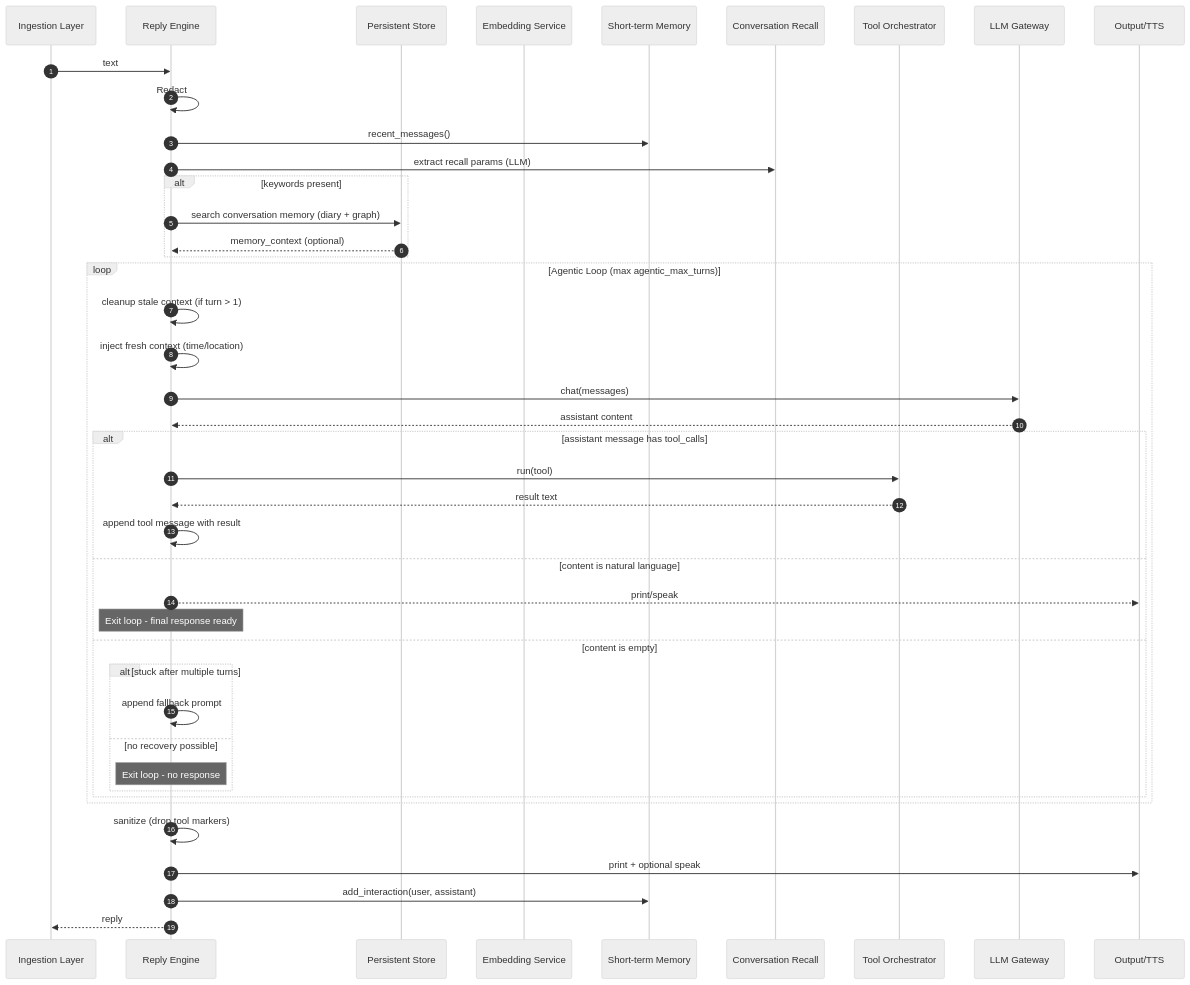
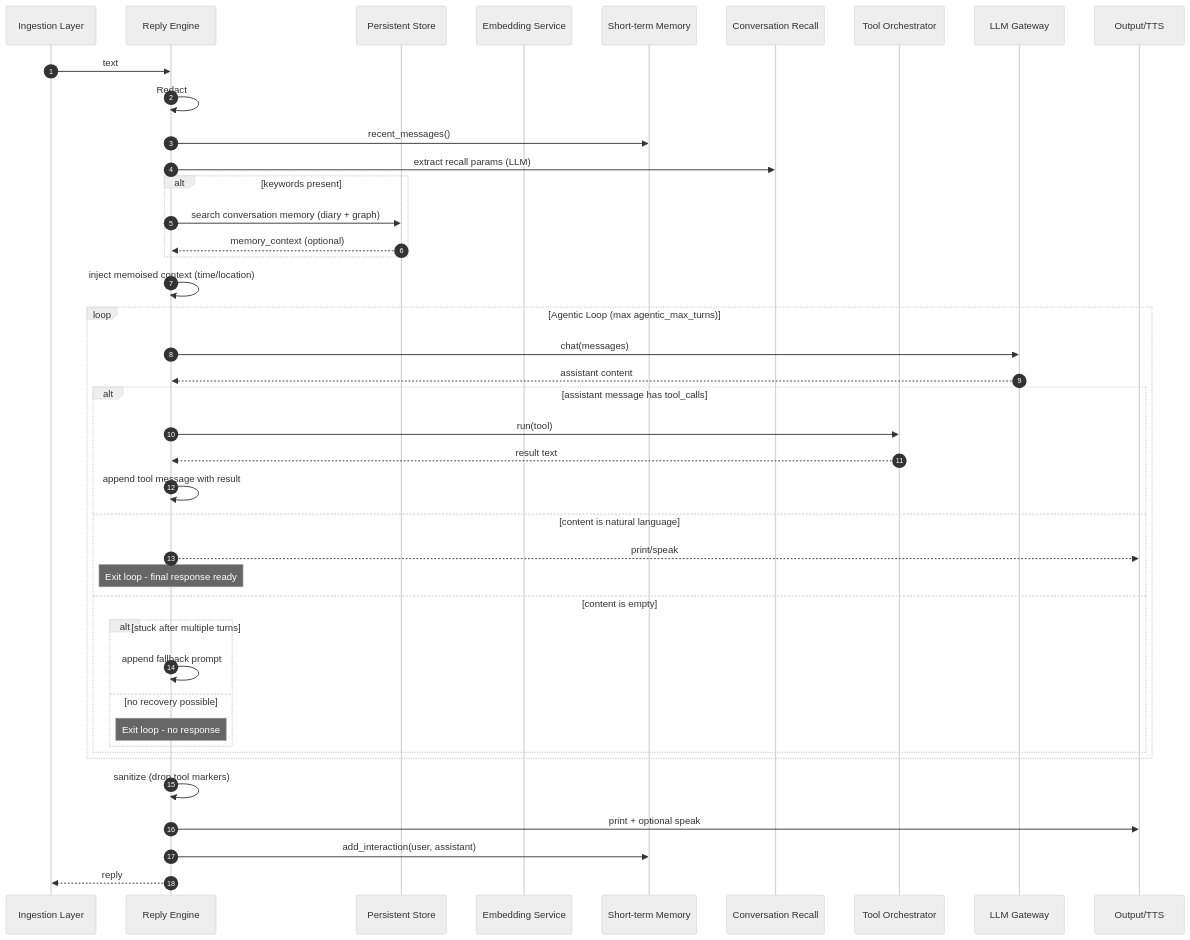
One commit to Hocsman/jarvis changed the diagram in src/jarvis/reply/reply.spec.md. Above: the diagram before and after it, drawn with Mermaid (neutral theme). The commit also changed other lines of this file and 16 other files, not shown here.

````diff
--- a/src/jarvis/reply/reply.spec.md
+++ b/src/jarvis/reply/reply.spec.md
@@ -181,49 +181,48 @@
 ```mermaid
 sequenceDiagram
   autonumber
   participant Caller as Ingestion Layer
   participant Engine as Reply Engine
   participant Store as Persistent Store
   participant Emb as Embedding Service
   participant ShortMem as Short-term Memory
   participant Recall as Conversation Recall
   participant Tools as Tool Orchestrator
   participant LLM as LLM Gateway
   participant Out as Output/TTS
 
   Caller->>Engine: text
   Engine->>Engine: Redact
   Engine->>ShortMem: recent_messages()
   Engine->>Recall: extract recall params (LLM)
   alt keywords present
     Engine->>Store: search conversation memory (diary + graph)
     Store-->>Engine: memory_context (optional)
   end
+  Engine->>Engine: inject memoised context (time/location)
   
   loop Agentic Loop (max agentic_max_turns)
-    Engine->>Engine: cleanup stale context (if turn > 1)
-    Engine->>Engine: inject fresh context (time/location)
     Engine->>LLM: chat(messages)
     LLM-->>Engine: assistant content
     
     alt assistant message has tool_calls
       Engine->>Tools: run(tool)
       Tools-->>Engine: result text
       Engine->>Engine: append tool message with result
     else content is natural language
       Engine-->>Out: print/speak
       Note over Engine: Exit loop - final response ready
     else content is empty
       alt stuck after multiple turns
         Engine->>Engine: append fallback prompt
       else no recovery possible
         Note over Engine: Exit loop - no response
       end
     end
   end
   
   Engine->>Engine: sanitize (drop tool markers)
   Engine->>Out: print + optional speak
   Engine->>ShortMem: add_interaction(user, assistant)
   Engine-->>Caller: reply
 ```
````
